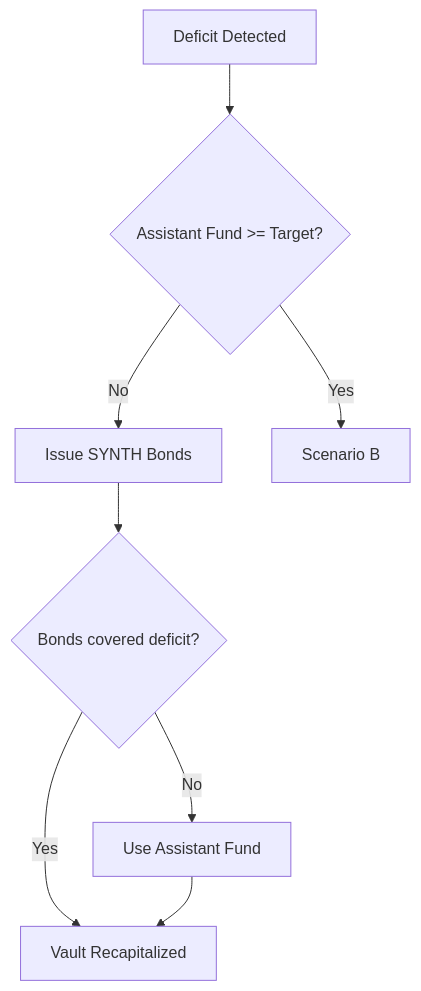
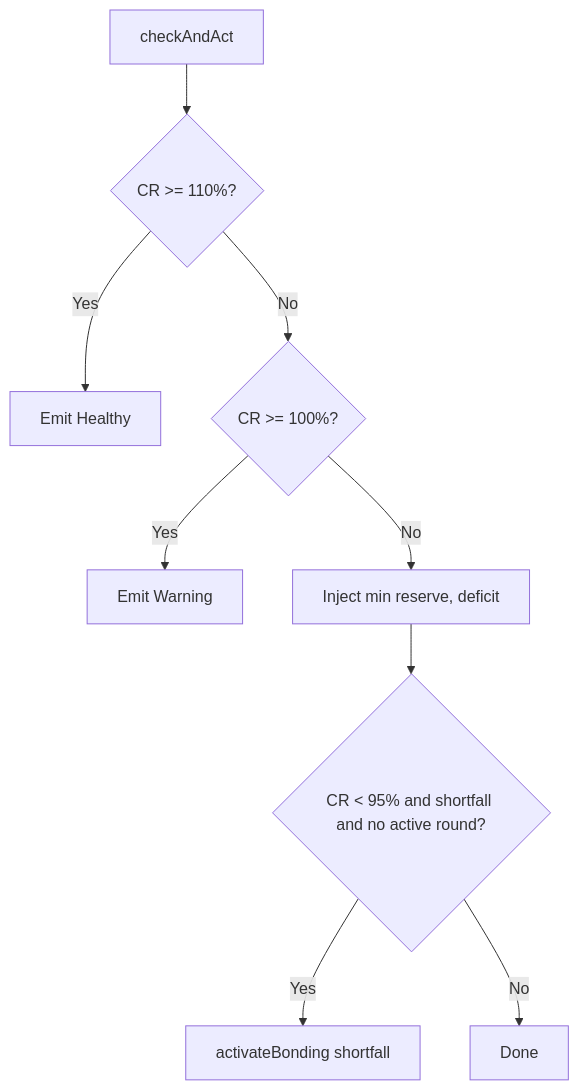
The fourth of 4 diagrams in docs/07-vault-ssl.md (GushALKDev/evm-synthetic-trading-protocol), drawn with Mermaid before and after one commit. The commit also changed other lines of this file, not shown here.

First line of the commit message:
Align the vault and solvency guide with the contracts

````diff
--- a/docs/07-vault-ssl.md
+++ b/docs/07-vault-ssl.md
@@ -285,10 +237,11 @@
 ```mermaid
 flowchart TD
-    A[Deficit Detected] --> B{Assistant Fund >= Target?}
-    B -->|No| C[Issue SYNTH Bonds]
-    C --> D{Bonds covered deficit?}
-    D -->|No| E[Use Assistant Fund]
-    D -->|Yes| F[Vault Recapitalized]
-    E --> F
-    B -->|Yes| G[Scenario B]
+    A[checkAndAct] --> B{CR >= 110%?}
+    B -->|Yes| H[Emit Healthy]
+    B -->|No| C{CR >= 100%?}
+    C -->|Yes| W[Emit Warning]
+    C -->|No| D[Inject min reserve, deficit]
+    D --> E{CR < 95% and shortfall and no active round?}
+    E -->|Yes| F[activateBonding shortfall]
+    E -->|No| G[Done]
 ```
````
